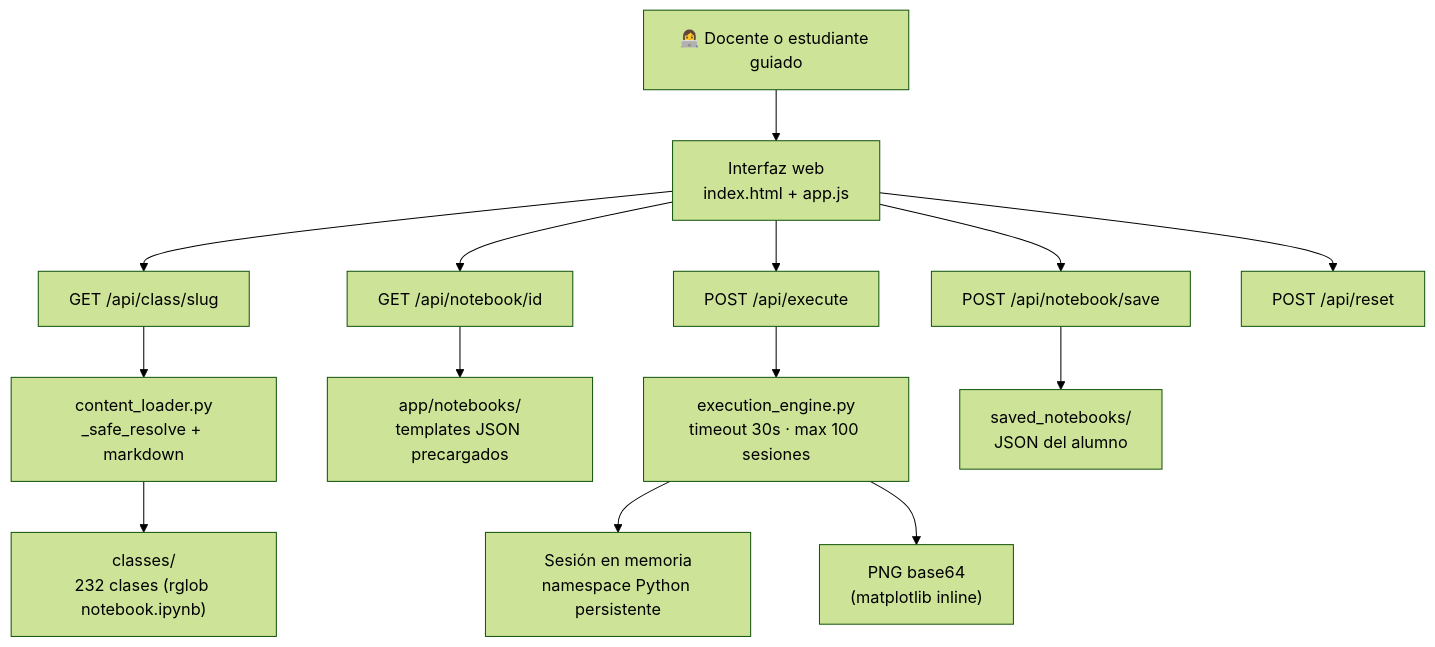
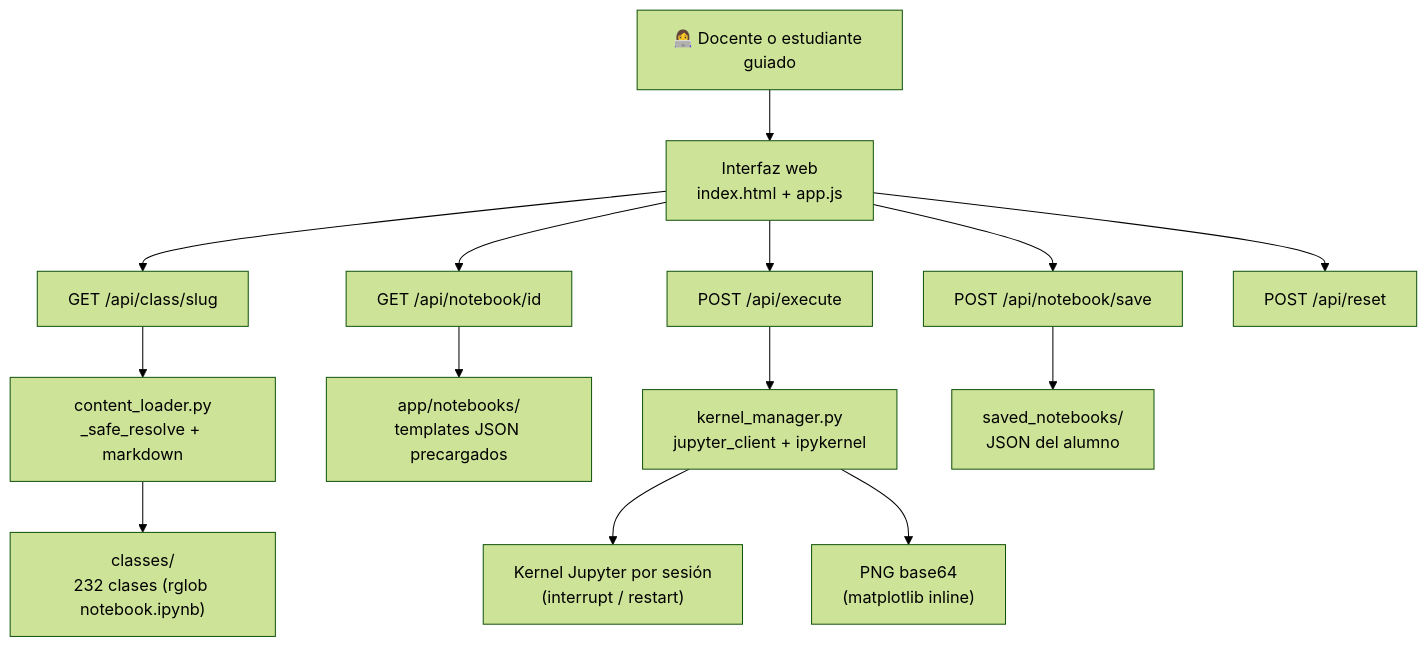
Before and after one commit to vladimiracunadev-create/python-data-science-bootcamp: the second of 4 diagrams in docs/ARQUITECTURA_PRODUCTO.md, drawn with Mermaid (forest theme). The commit also changed other lines of this file and 29 other files, not shown here.

````diff
--- a/docs/ARQUITECTURA_PRODUCTO.md
+++ b/docs/ARQUITECTURA_PRODUCTO.md
@@ -54,17 +54,17 @@
 ```mermaid
 graph TD
     USER["👩‍💻 Docente o estudiante guiado"] --> UI["Interfaz web\nindex.html + app.js"]
     UI --> CLASSAPI["GET /api/class/slug"]
     UI --> NBAPI["GET /api/notebook/id"]
     UI --> EXECAPI["POST /api/execute"]
     UI --> SAVEAPI["POST /api/notebook/save"]
     UI --> RESETAPI["POST /api/reset"]
 
     CLASSAPI --> LOADER["content_loader.py\n_safe_resolve + markdown"]
     LOADER --> CLASSES["classes/\n232 clases (rglob notebook.ipynb)"]
     NBAPI --> TEMPLATES["app/notebooks/\ntemplates JSON precargados"]
-    EXECAPI --> ENGINE["execution_engine.py\ntimeout 30s · max 100 sesiones"]
-    ENGINE --> SESSION["Sesión en memoria\nnamespace Python persistente"]
+    EXECAPI --> ENGINE["kernel_manager.py\njupyter_client + ipykernel"]
+    ENGINE --> SESSION["Kernel Jupyter por sesión\n(interrupt / restart)"]
     ENGINE --> FIGS["PNG base64\n(matplotlib inline)"]
     SAVEAPI --> SAVED["saved_notebooks/\nJSON del alumno"]
 ```
````
